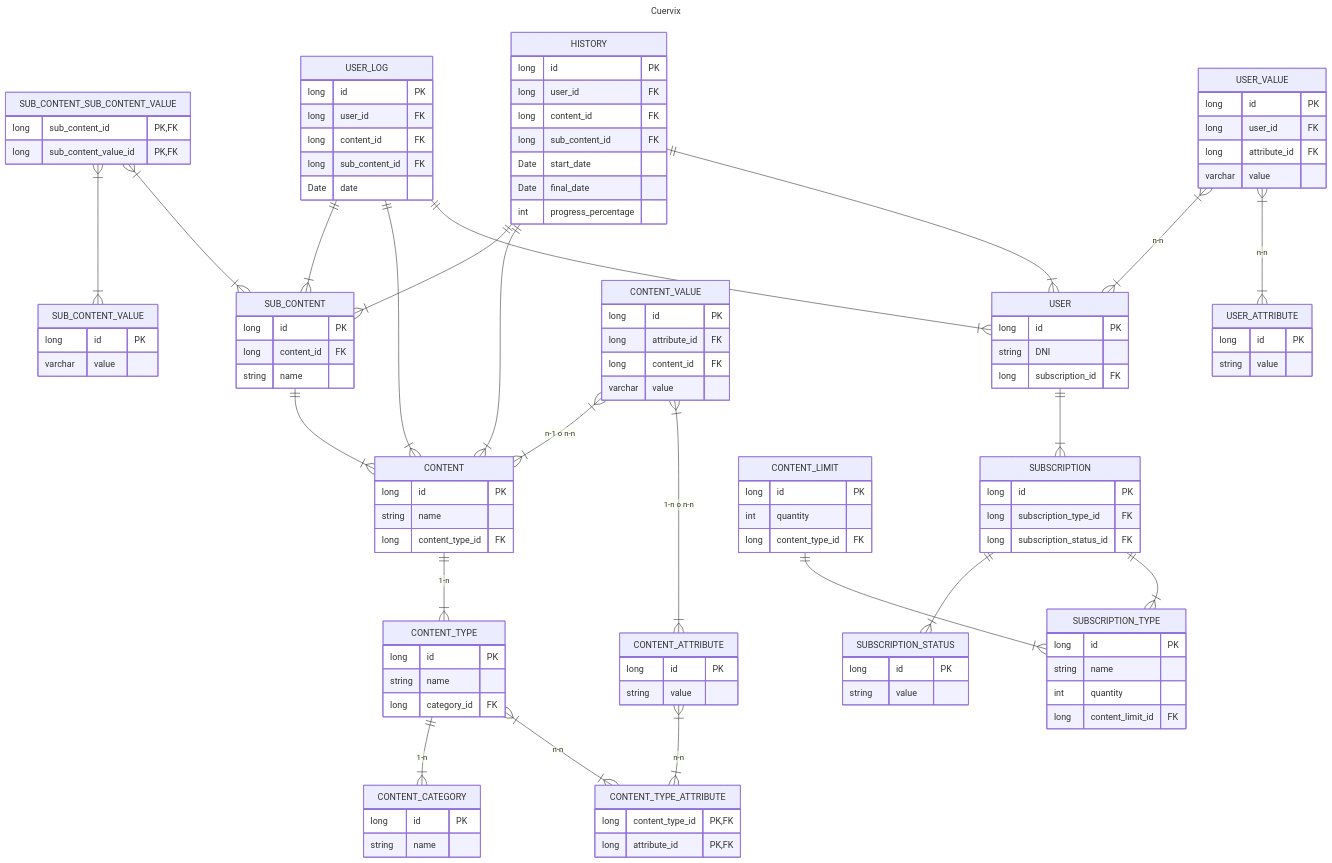
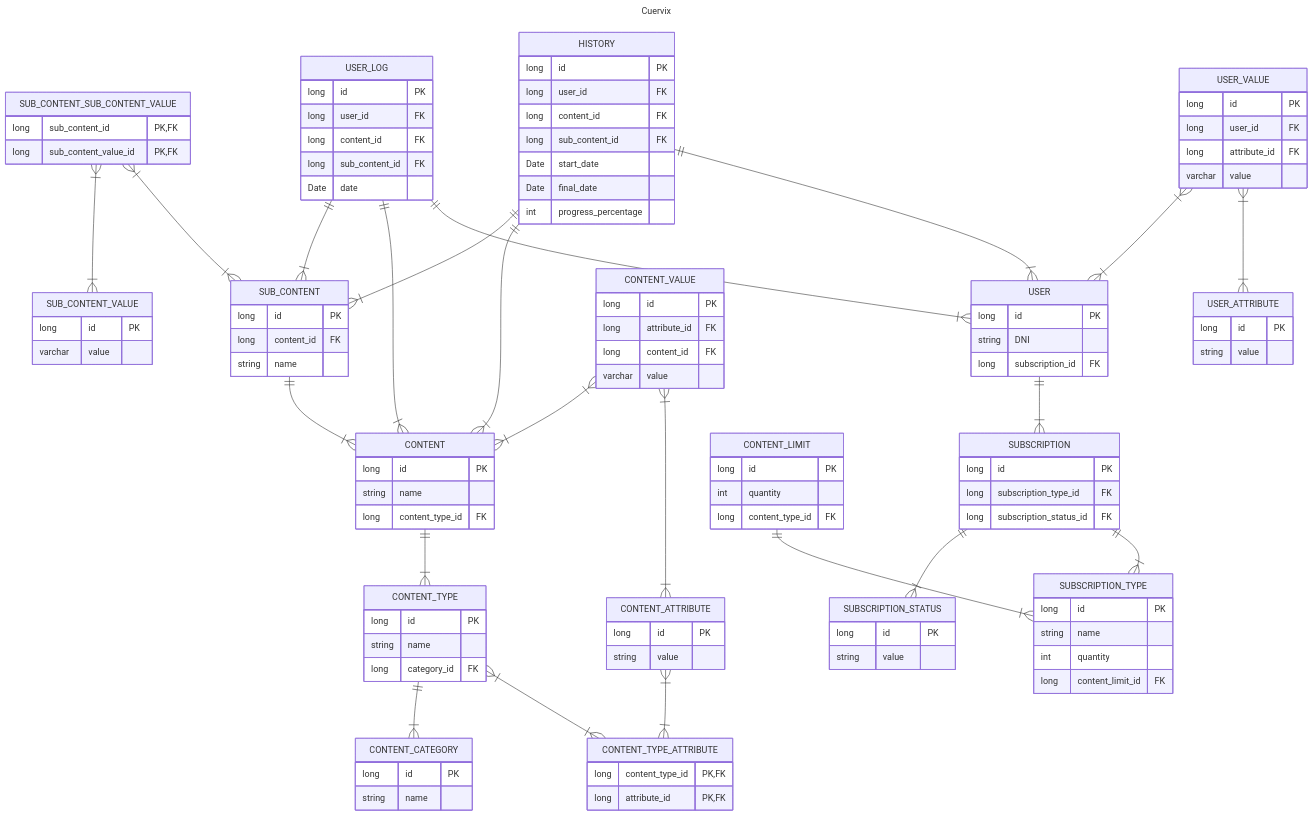
The diagram in Cuervix.mmd (maiacamarero/DISIS_DB), drawn with Mermaid before and after one commit.

Commit message:
Cuervix finished

```diff
--- a/Cuervix.mmd
+++ b/Cuervix.mmd
@@ -1,141 +1,141 @@
 ---
 title: Cuervix
 ---
 erDiagram
-    CONTENT ||--|{ CONTENT_TYPE : "1-n"
+    CONTENT ||--|{ CONTENT_TYPE : ""
     CONTENT{
         long id PK
         string name
         long content_type_id FK
     }
 
     SUB_CONTENT ||--|{ CONTENT : ""
     SUB_CONTENT{
         long id PK
         long content_id FK
         string name
     }
 
     SUB_CONTENT_SUB_CONTENT_VALUE }|--|{ SUB_CONTENT_VALUE :""
     SUB_CONTENT_SUB_CONTENT_VALUE }|--|{ SUB_CONTENT :""
     SUB_CONTENT_SUB_CONTENT_VALUE{
         long sub_content_id PK, FK
         long sub_content_value_id PK, FK
     }
 
     SUB_CONTENT_VALUE{
         long id PK
         varchar value
     }
 
 
-    CONTENT_TYPE ||--|{ CONTENT_CATEGORY : "1-n"
+    CONTENT_TYPE ||--|{ CONTENT_CATEGORY : ""
     CONTENT_TYPE{
         long id PK
         string name
         long category_id FK
     }
 
     CONTENT_CATEGORY{
         long id PK
         string name
     }
 
-    CONTENT_TYPE }|--|{ CONTENT_TYPE_ATTRIBUTE : "n-n"
-    CONTENT_ATTRIBUTE }|--|{ CONTENT_TYPE_ATTRIBUTE : "n-n"
+    CONTENT_TYPE }|--|{ CONTENT_TYPE_ATTRIBUTE : ""
+    CONTENT_ATTRIBUTE }|--|{ CONTENT_TYPE_ATTRIBUTE : ""
 
     CONTENT_ATTRIBUTE{
         long id PK
         string value
     }
 
     CONTENT_TYPE_ATTRIBUTE{
         long content_type_id PK, FK
         long attribute_id PK, FK
     }
 
 
 
 
     USER{
         long id PK
         string DNI
         long subscription_id FK
     }
 
-    USER_VALUE }|--|{ USER : "n-n"
+    USER_VALUE }|--|{ USER : ""
     USER_VALUE{
         long id PK
         long user_id FK
         long attribute_id FK
         varchar value
     }
-    USER_VALUE }|--|{ USER_ATTRIBUTE : "n-n"
+    USER_VALUE }|--|{ USER_ATTRIBUTE : ""
 
     USER_ATTRIBUTE{
         long id PK
         string value
     }
 
-    CONTENT_VALUE }|--|{ CONTENT : "n-1 o n-n"
+    CONTENT_VALUE }|--|{ CONTENT : ""
     CONTENT_VALUE{
         long id PK
         long attribute_id FK
         long content_id FK
         varchar value
     }
-    CONTENT_VALUE }|--|{ CONTENT_ATTRIBUTE : "1-n o n-n"
+    CONTENT_VALUE }|--|{ CONTENT_ATTRIBUTE : ""
 
     USER ||--|{ SUBSCRIPTION : ""
     SUBSCRIPTION{
         long id PK
         long subscription_type_id FK
         long subscription_status_id FK
 
     }
 
     SUBSCRIPTION ||--|{ SUBSCRIPTION_STATUS : ""
     SUBSCRIPTION_STATUS{
         long id PK
         string value
     }
 
     SUBSCRIPTION ||--|{ SUBSCRIPTION_TYPE : ""
     SUBSCRIPTION_TYPE{
         long id PK
         string name
         int quantity
         long content_limit_id FK
     }
 
     CONTENT_LIMIT ||--|{ SUBSCRIPTION_TYPE : ""
     CONTENT_LIMIT{
         long id PK
         int quantity
         long content_type_id FK
     }
 
     USER_LOG ||--|{ SUB_CONTENT : ""
     USER_LOG ||--|{ CONTENT : ""
     USER_LOG ||--|{ USER : ""
     USER_LOG{
         long id PK
         long user_id FK
         long content_id FK
         long sub_content_id FK
         Date date
     }
 
     HISTORY ||--|{ SUB_CONTENT : ""
     HISTORY ||--|{ CONTENT : ""
     HISTORY ||--|{ USER : ""
     HISTORY{
         long id PK
         long user_id FK
         long content_id FK
         long sub_content_id FK
         Date start_date
         Date final_date
         int progress_percentage
 
     }
```
